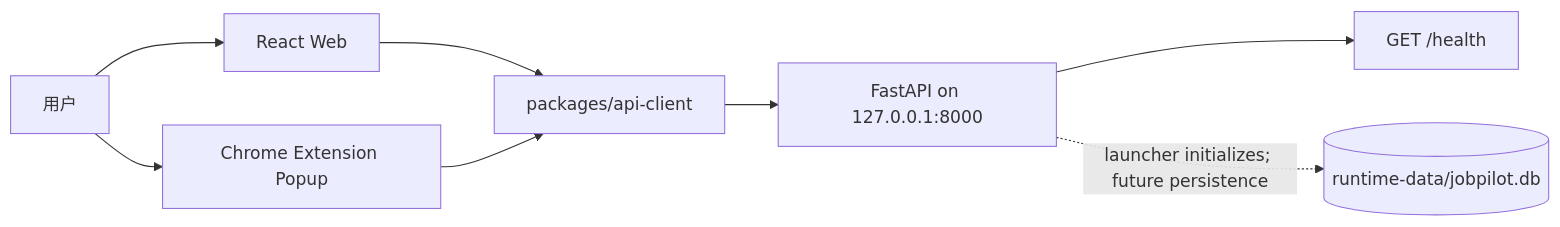
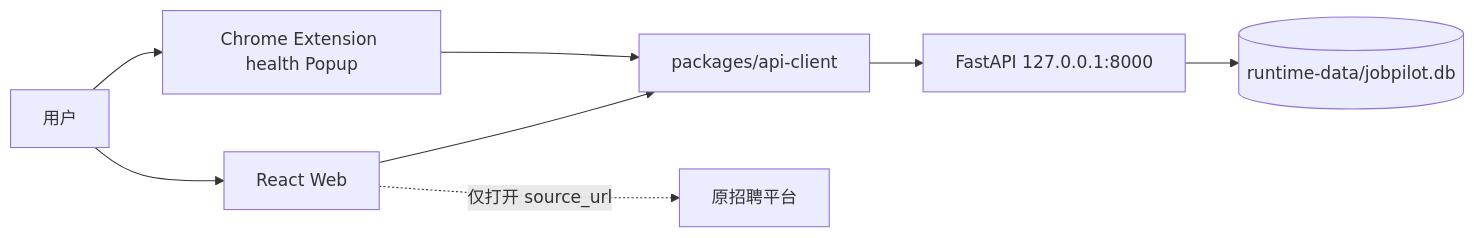
One commit to xiaoxin12138888-svg/JobPilot changed the diagram in docs/ARCHITECTURE.md. Above: the diagram before and after it, drawn with Mermaid. The commit also changed other lines of this file and 7 other files, not shown here.

````diff
--- a/docs/ARCHITECTURE.md
+++ b/docs/ARCHITECTURE.md
@@ -17,18 +8,18 @@
 ```mermaid
 flowchart LR
     U[用户]
     W[React Web]
-    E[Chrome Extension Popup]
+    E[Chrome Extension health Popup]
     C[packages/api-client]
-    A[FastAPI on 127.0.0.1:8000]
-    H[GET /health]
+    A[FastAPI 127.0.0.1:8000]
     S[(runtime-data/jobpilot.db)]
+    R[原招聘平台]
 
     U --> W
     U --> E
     W --> C
     E --> C
     C --> A
-    A --> H
-    A -. launcher initializes; future persistence .-> S
+    A --> S
+    W -. 仅打开 source_url .-> R
 ```
````
